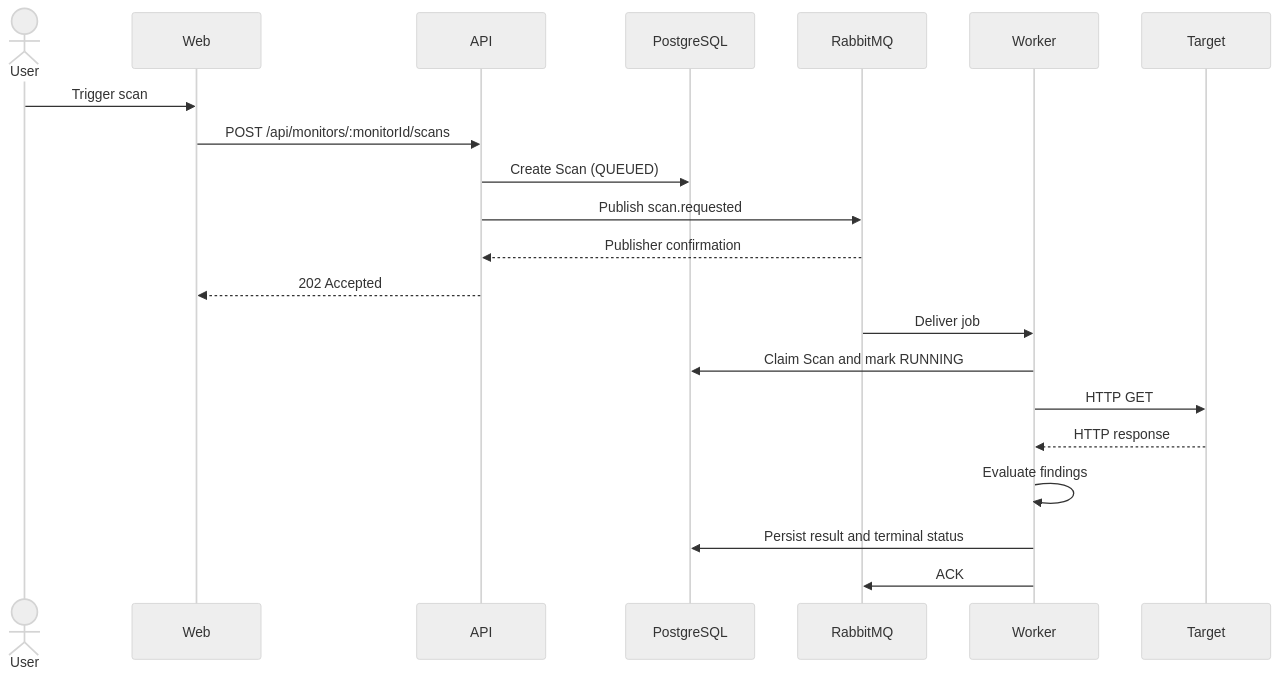
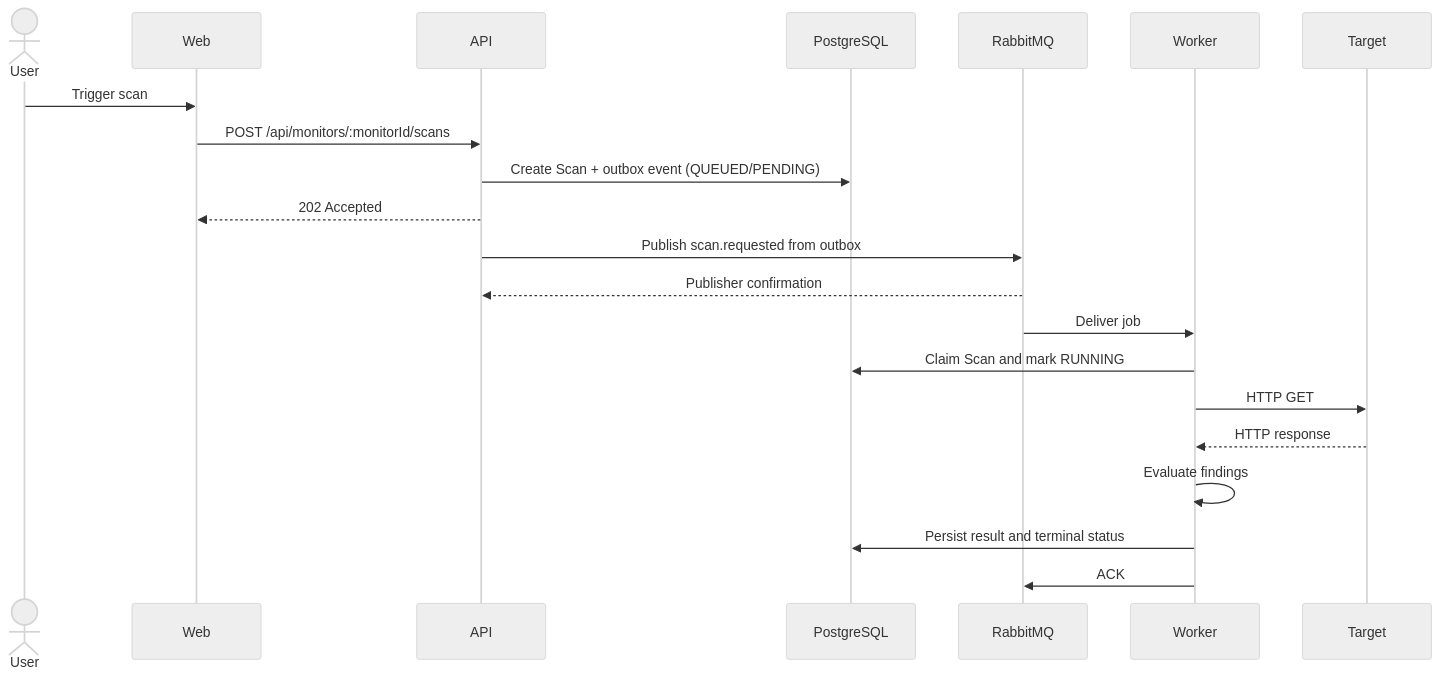
One commit to TuanOnta/OntaPulse changed the second of 2 diagrams in README.md. Above: the diagram before and after it, drawn with Mermaid (neutral theme). The commit also changed other lines of this file and 35 other files, not shown here.

````diff
--- a/README.md
+++ b/README.md
@@ -113,24 +113,24 @@
 ```mermaid
 sequenceDiagram
     actor User
     participant Web
     participant API
     participant DB as PostgreSQL
     participant MQ as RabbitMQ
     participant Worker
     participant Target
 
     User->>Web: Trigger scan
     Web->>API: POST /api/monitors/:monitorId/scans
-    API->>DB: Create Scan (QUEUED)
-    API->>MQ: Publish scan.requested
+    API->>DB: Create Scan + outbox event (QUEUED/PENDING)
+    API-->>Web: 202 Accepted
+    API->>MQ: Publish scan.requested from outbox
     MQ-->>API: Publisher confirmation
-    API-->>Web: 202 Accepted
     MQ->>Worker: Deliver job
     Worker->>DB: Claim Scan and mark RUNNING
     Worker->>Target: HTTP GET
     Target-->>Worker: HTTP response
     Worker->>Worker: Evaluate findings
     Worker->>DB: Persist result and terminal status
     Worker->>MQ: ACK
 ```
````
